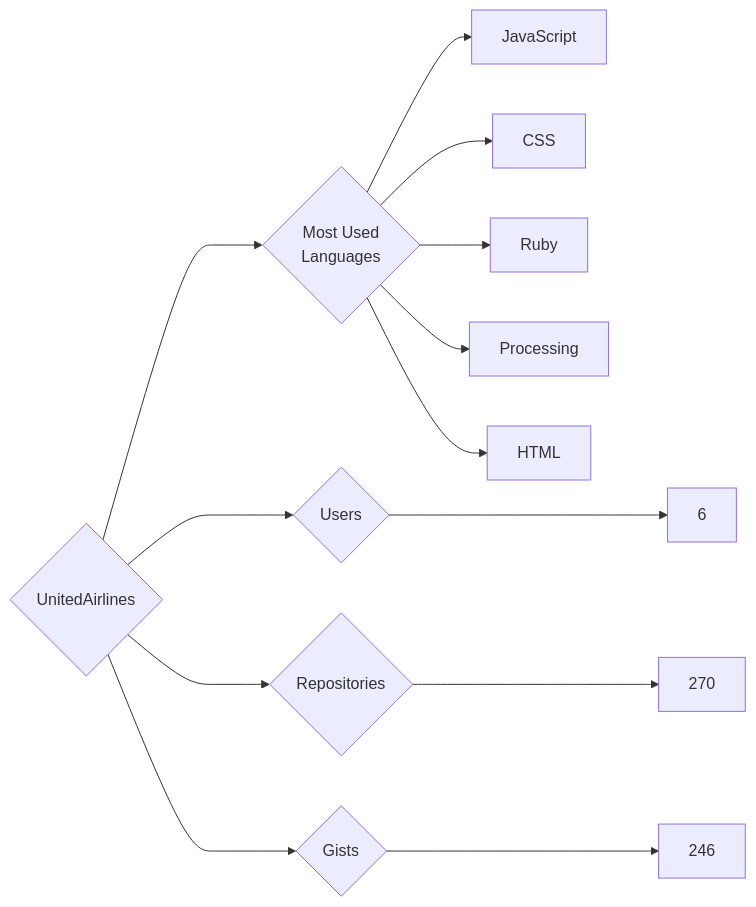
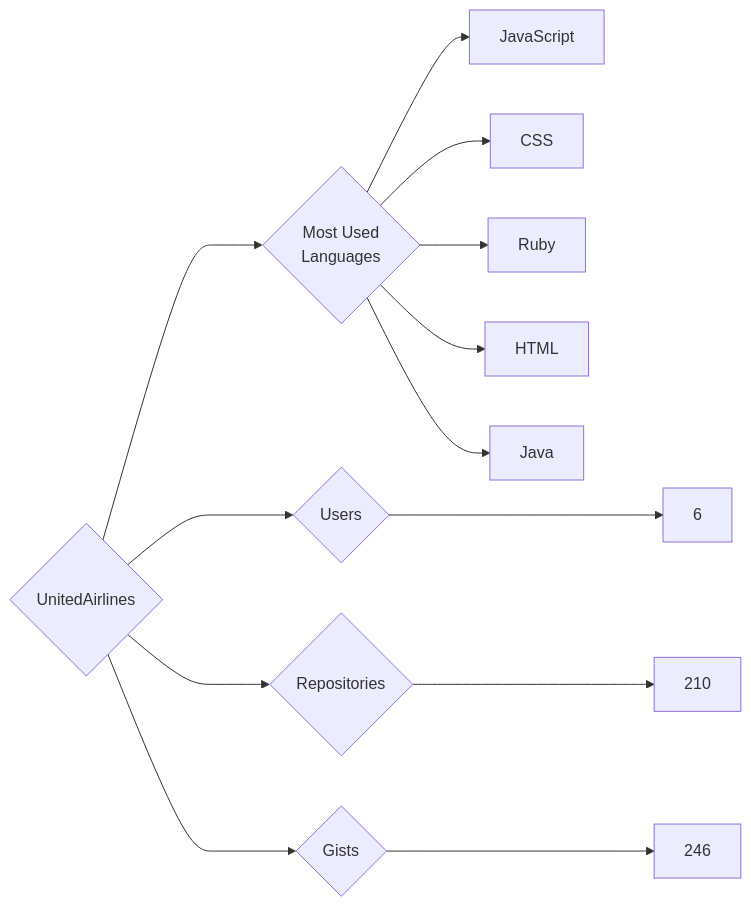
Before and after one commit to trickest/insiders: the diagram in targets/UnitedAirlines/README.md, drawn with Mermaid. The commit also changed 1389 other files, not shown here.

````diff
--- a/targets/UnitedAirlines/README.md
+++ b/targets/UnitedAirlines/README.md
@@ -3,13 +3,13 @@
 ```mermaid
 graph LR
 COMPANY_NAME{UnitedAirlines}
 COMPANY_NAME ---> U{Users} ---> UN[6]
-COMPANY_NAME ---> R{Repositories} ---> RN[270]
+COMPANY_NAME ---> R{Repositories} ---> RN[210]
 COMPANY_NAME ---> G{Gists} ---> GN[246]
 COMPANY_NAME ---> ML{Most Used<br>Languages}
 ML --> JavaScript[JavaScript]
 ML --> CSS[CSS]
 ML --> Ruby[Ruby]
-ML --> Processing[Processing]
 ML --> HTML[HTML]
+ML --> Java[Java]
 ```
````
